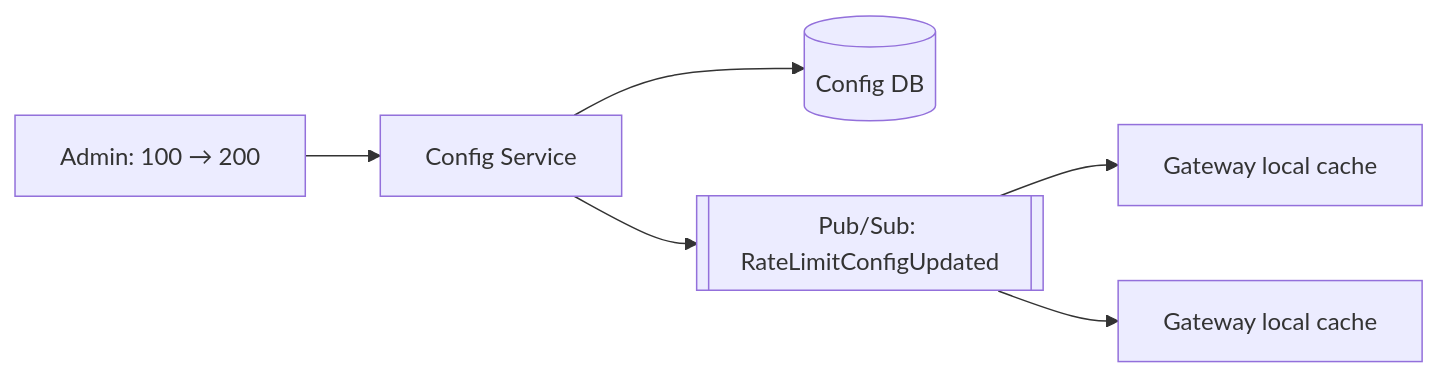
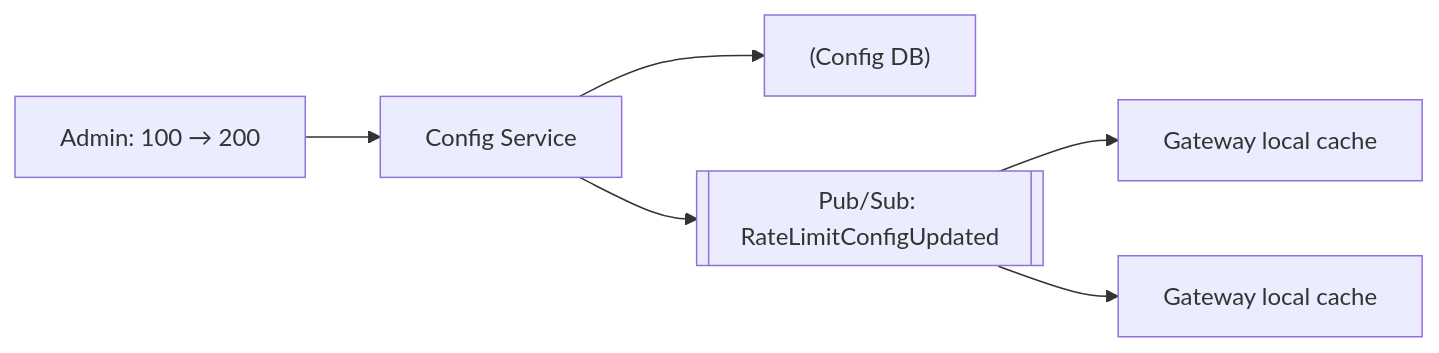
The tenth of 10 diagrams in files/System-Design-Questions/01-distributed_rate_limiter_system_design.md (pankajThakur1874/studysheet), drawn with Mermaid before and after one commit. The commit also changed other lines of this file and 102 other files, not shown here.

Commit message:
Auto-fix Mermaid diagram syntax across all study guides to prevent Syntax Error in Mermaid v10

````diff
--- a/files/System-Design-Questions/01-distributed_rate_limiter_system_design.md
+++ b/files/System-Design-Questions/01-distributed_rate_limiter_system_design.md
@@ -462,7 +462,7 @@
 ```mermaid
 flowchart LR
-    AD[Admin: 100 → 200] --> CS[Config Service] --> CDB[(Config DB)]
-    CS --> PS[[Pub/Sub: RateLimitConfigUpdated]]
+    AD["Admin: 100 → 200"] --> CS[Config Service] --> CDB["(Config DB)"]
+    CS --> PS[["Pub/Sub: RateLimitConfigUpdated"]]
     PS --> G1[Gateway local cache]
     PS --> G2[Gateway local cache]
 ```
````
